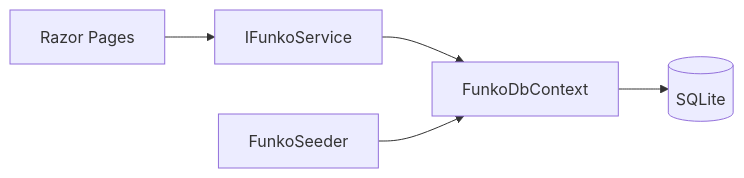
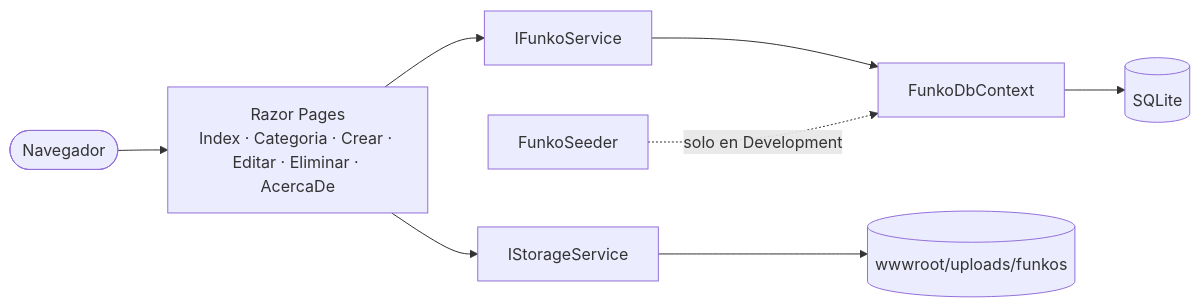
Before and after one commit to Cristian-1990/FunkoWeb: the first of 3 diagrams in README.md, drawn with Mermaid. The commit also changed other lines of this file, not shown here.

````diff
--- a/README.md
+++ b/README.md
@@ -17,7 +50,10 @@
 ```mermaid
 flowchart LR
-    UI[Razor Pages] --> Servicio[IFunkoService]
+    Navegador([Navegador]) --> Paginas["Razor Pages<br/>Index · Categoria · Crear · Editar · Eliminar · AcercaDe"]
+    Paginas --> Servicio[IFunkoService]
+    Paginas --> Almacen[IStorageService]
     Servicio --> Contexto[FunkoDbContext]
     Contexto --> BD[(SQLite)]
-    Semilla[FunkoSeeder] --> Contexto
+    Almacen --> Disco[("wwwroot/uploads/funkos")]
+    Semilla[FunkoSeeder] -.->|solo en Development| Contexto
 ```
````
